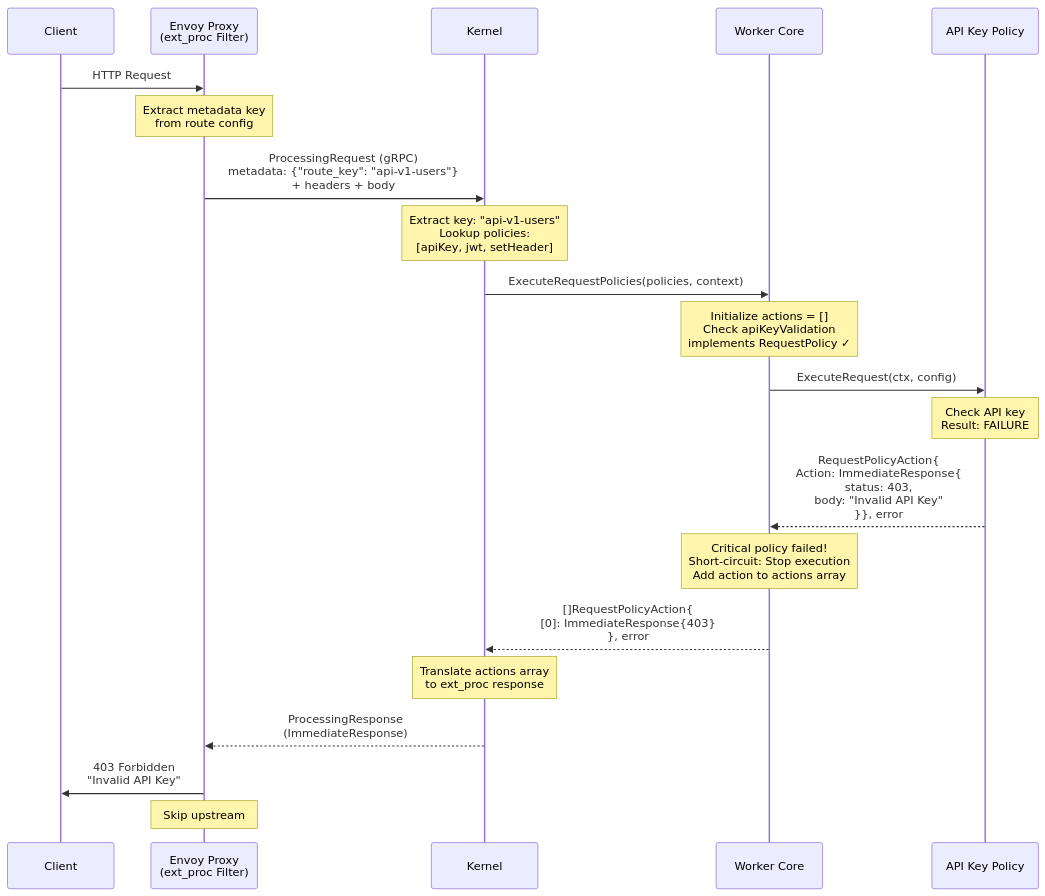
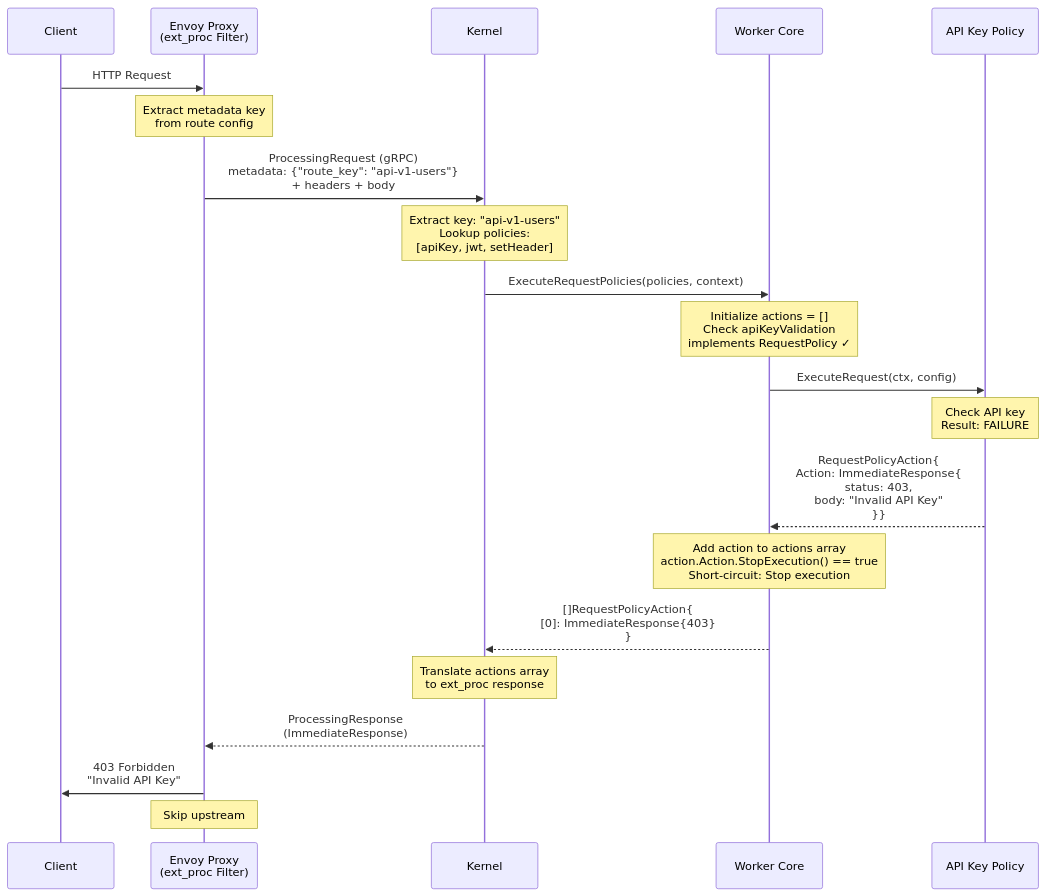
One commit to wso2/api-platform changed the fourth of 7 diagrams in Spec.md. Above: the diagram before and after it, drawn with Mermaid. The commit also changed other lines of this file, not shown here.

Commit message:
Refactor policy execution to use StopExecution method for short-circuiting

````diff
--- a/Spec.md
+++ b/Spec.md
@@ -716,24 +698,24 @@
 ```mermaid
 sequenceDiagram
     participant Client
     participant Envoy as Envoy Proxy<br/>(ext_proc Filter)
     participant Kernel
     participant Core as Worker Core
     participant Policy as API Key Policy
 
     Client->>Envoy: HTTP Request
     Note over Envoy: Extract metadata key<br/>from route config
     Envoy->>Kernel: ProcessingRequest (gRPC)<br/>metadata: {"route_key": "api-v1-users"}<br/>+ headers + body
     Note over Kernel: Extract key: "api-v1-users"<br/>Lookup policies:<br/>[apiKey, jwt, setHeader]
     Kernel->>Core: ExecuteRequestPolicies(policies, context)
     Note over Core: Initialize actions = []<br/>Check apiKeyValidation<br/>implements RequestPolicy ✓
     Core->>Policy: ExecuteRequest(ctx, config)
     Note over Policy: Check API key<br/>Result: FAILURE
-    Policy-->>Core: RequestPolicyAction{<br/>Action: ImmediateResponse{<br/>status: 403,<br/>body: "Invalid API Key"<br/>}}, error
-    Note over Core: Critical policy failed!<br/>Short-circuit: Stop execution<br/>Add action to actions array
-    Core-->>Kernel: []RequestPolicyAction{<br/>[0]: ImmediateResponse{403}<br/>}, error
+    Policy-->>Core: RequestPolicyAction{<br/>Action: ImmediateResponse{<br/>status: 403,<br/>body: "Invalid API Key"<br/>}}
+    Note over Core: Add action to actions array<br/>action.Action.StopExecution() == true<br/>Short-circuit: Stop execution
+    Core-->>Kernel: []RequestPolicyAction{<br/>[0]: ImmediateResponse{403}<br/>}
     Note over Kernel: Translate actions array<br/>to ext_proc response
     Kernel-->>Envoy: ProcessingResponse<br/>(ImmediateResponse)
     Envoy->>Client: 403 Forbidden<br/>"Invalid API Key"
     Note over Envoy: Skip upstream
 ```
````
